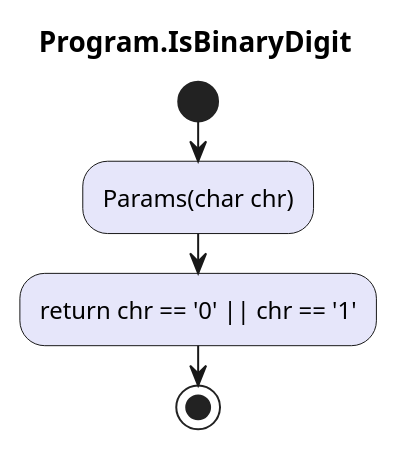
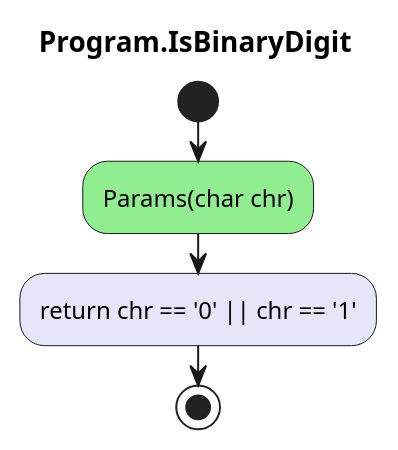
One commit to leoggehrer/2324-34_ABIF_ACIF_POSE changed the diagram in BinaryAdder.ConApp/diagrams/ac_Program_IsBinaryDigit.puml. Above: the diagram before and after it, drawn with PlantUML. The commit also changed 38 other files, not shown here.

Commit message:
Generated diagrams.

```diff
--- a/BinaryAdder.ConApp/diagrams/ac_Program_IsBinaryDigit.puml
+++ b/BinaryAdder.ConApp/diagrams/ac_Program_IsBinaryDigit.puml
@@ -1,7 +1,7 @@
 @startuml Program.IsBinaryDigit
 title Program.IsBinaryDigit
 start
-#Lavender:Params(char chr);
+#LightGreen:Params(char chr);
 #Lavender:return chr == '0' || chr == '1';
 stop
 @enduml
```
